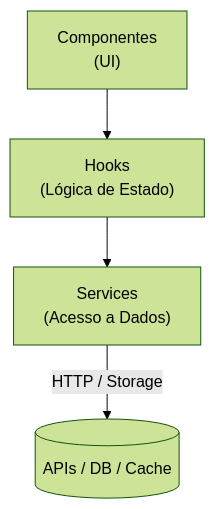
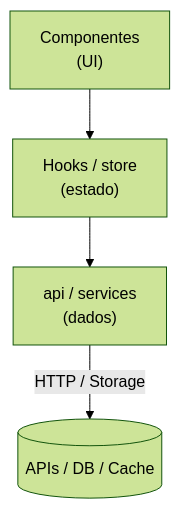
One commit to tiagovilasboas/react-vite-boilerplate changed the diagram in README.md. Above: the diagram before and after it, drawn with Mermaid (forest theme). The commit also changed other lines of this file and 27 other files, not shown here.

````diff
--- a/README.md
+++ b/README.md
@@ -100,6 +92,6 @@
 ```mermaid
 flowchart TD
-  UI["Componentes<br/>(UI)"] --> Hooks["Hooks<br/>(Lógica de Estado)"]
-  Hooks --> Services["Services<br/>(Acesso a Dados)"]
+  UI["Componentes<br/>(UI)"] --> Hooks["Hooks / store<br/>(estado)"]
+  Hooks --> Services["api / services<br/>(dados)"]
   Services -->|HTTP / Storage| Sources[("APIs / DB / Cache")]
 ```
````
